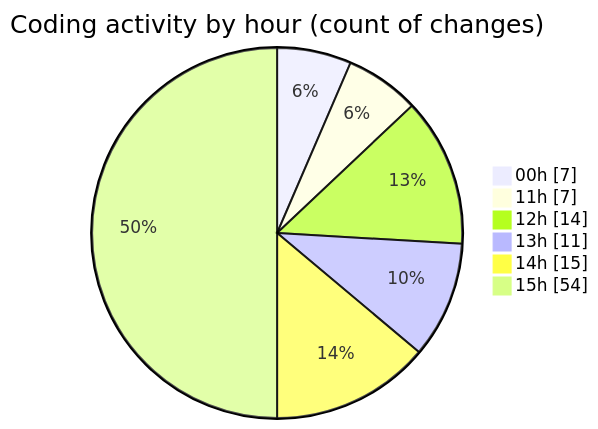
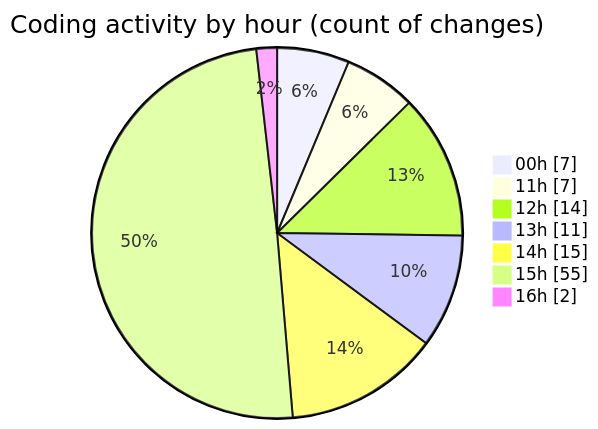
One commit to julien-gomy/code-tracking changed the second of 2 diagrams in 2025-10-08/eventscop-frontend-guide__workspace_/README.md. Above: the diagram before and after it, drawn with Mermaid. The commit also changed other lines of this file and 1 other file, not shown here.

````diff
--- a/2025-10-08/eventscop-frontend-guide__workspace_/README.md
+++ b/2025-10-08/eventscop-frontend-guide__workspace_/README.md
@@ -48,10 +48,11 @@
 ```mermaid
 pie showData
 title Coding activity by hour (count of changes)
 "00h" : 7
 "11h" : 7
 "12h" : 14
 "13h" : 11
 "14h" : 15
-"15h" : 54
+"15h" : 55
+"16h" : 2
 ```
````
